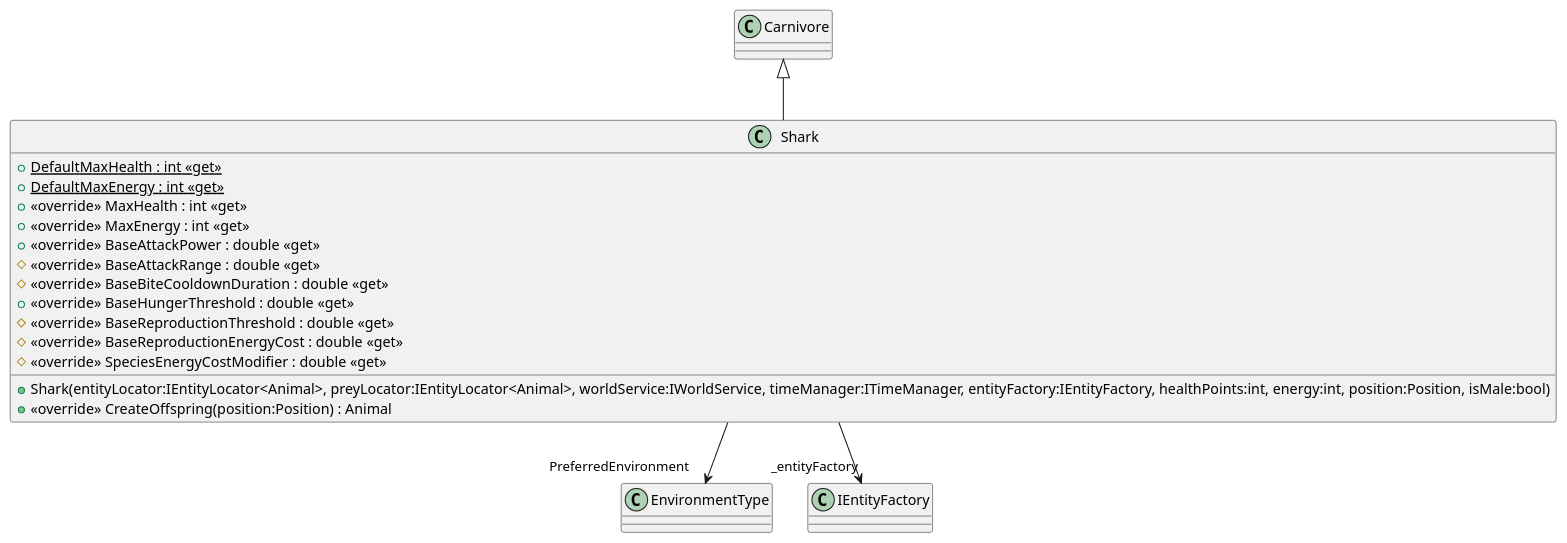
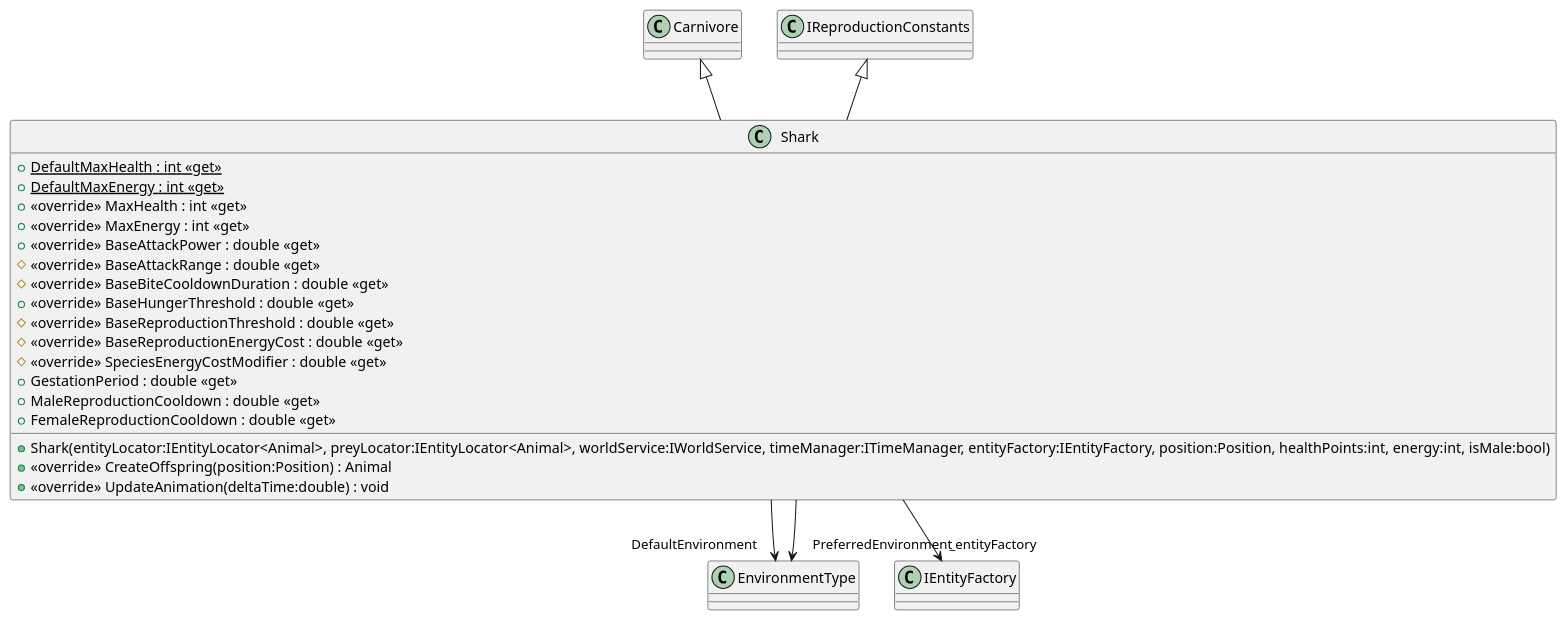
The diagram in plantuml/Models/Entities/Animals/Carnivores/Shark.puml (I42I/ecosystem), drawn with PlantUML before and after one commit. The commit also changed 27 other files, not shown here.

```diff
--- a/plantuml/Models/Entities/Animals/Carnivores/Shark.puml
+++ b/plantuml/Models/Entities/Animals/Carnivores/Shark.puml
@@ -1,20 +1,26 @@
 @startuml
 class Shark {
     + {static} DefaultMaxHealth : int <<get>>
     + {static} DefaultMaxEnergy : int <<get>>
     + <<override>> MaxHealth : int <<get>>
     + <<override>> MaxEnergy : int <<get>>
     + <<override>> BaseAttackPower : double <<get>>
     # <<override>> BaseAttackRange : double <<get>>
     # <<override>> BaseBiteCooldownDuration : double <<get>>
     + <<override>> BaseHungerThreshold : double <<get>>
     # <<override>> BaseReproductionThreshold : double <<get>>
     # <<override>> BaseReproductionEnergyCost : double <<get>>
     # <<override>> SpeciesEnergyCostModifier : double <<get>>
-    + Shark(entityLocator:IEntityLocator<Animal>, preyLocator:IEntityLocator<Animal>, worldService:IWorldService, timeManager:ITimeManager, entityFactory:IEntityFactory, healthPoints:int, energy:int, position:Position, isMale:bool)
+    + GestationPeriod : double <<get>>
+    + MaleReproductionCooldown : double <<get>>
+    + FemaleReproductionCooldown : double <<get>>
+    + Shark(entityLocator:IEntityLocator<Animal>, preyLocator:IEntityLocator<Animal>, worldService:IWorldService, timeManager:ITimeManager, entityFactory:IEntityFactory, position:Position, healthPoints:int, energy:int, isMale:bool)
     + <<override>> CreateOffspring(position:Position) : Animal
+    + <<override>> UpdateAnimation(deltaTime:double) : void
 }
 Carnivore <|-- Shark
+IReproductionConstants <|-- Shark
+Shark --> "DefaultEnvironment" EnvironmentType
 Shark --> "PreferredEnvironment" EnvironmentType
 Shark --> "_entityFactory" IEntityFactory
 @enduml
```
